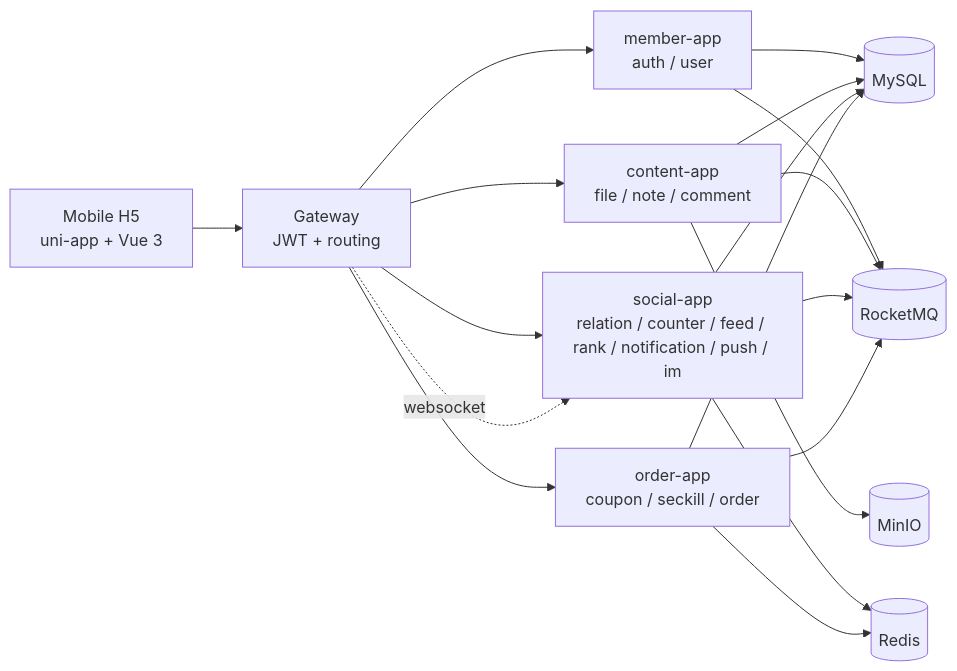
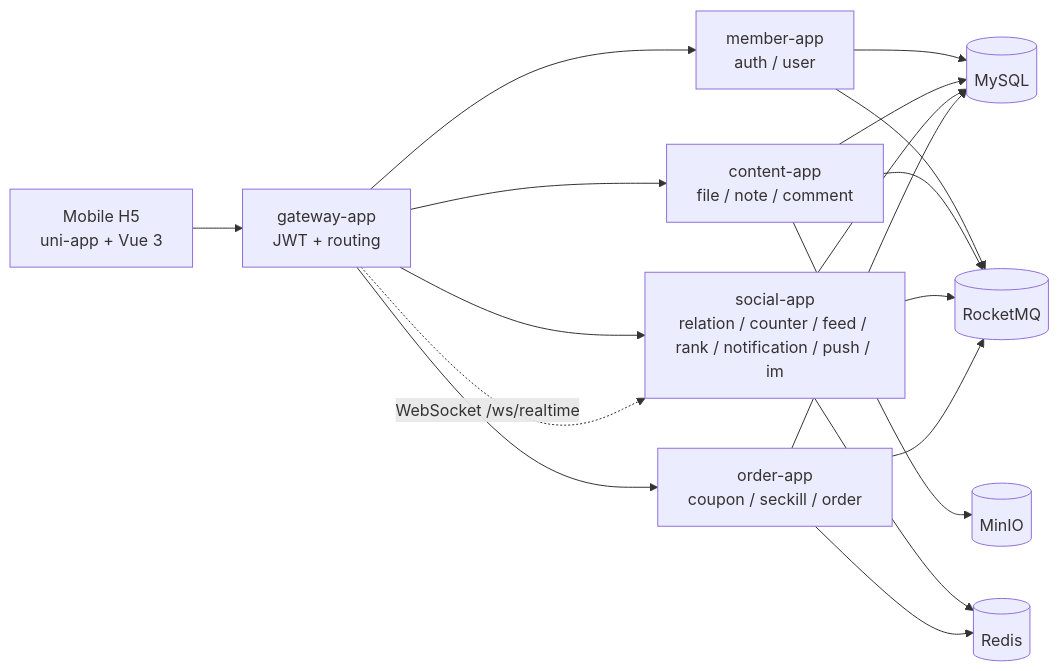
One commit to JellyPiggy/BlueNote changed the diagram in README.md. Above: the diagram before and after it, drawn with Mermaid. The commit also changed other lines of this file and 17 other files, not shown here.

````diff
--- a/README.md
+++ b/README.md
@@ -96,23 +135,23 @@
 ```mermaid
 flowchart LR
-  Mobile["Mobile H5<br/>uni-app + Vue 3"] --> Gateway["Gateway<br/>JWT + routing"]
+  Mobile["Mobile H5<br/>uni-app + Vue 3"] --> Gateway["gateway-app<br/>JWT + routing"]
   Gateway --> Member["member-app<br/>auth / user"]
   Gateway --> Content["content-app<br/>file / note / comment"]
   Gateway --> Social["social-app<br/>relation / counter / feed / rank / notification / push / im"]
   Gateway --> Order["order-app<br/>coupon / seckill / order"]
-  Gateway -. websocket .-> Social
+  Gateway -. "WebSocket /ws/realtime" .-> Social
 
   Member --> MySQL[(MySQL)]
   Content --> MySQL
   Social --> MySQL
   Order --> MySQL
 
   Content --> MinIO[(MinIO)]
   Social --> Redis[(Redis)]
   Order --> Redis
 
   Member --> RocketMQ[(RocketMQ)]
   Content --> RocketMQ
   Social --> RocketMQ
   Order --> RocketMQ
 ```
````
